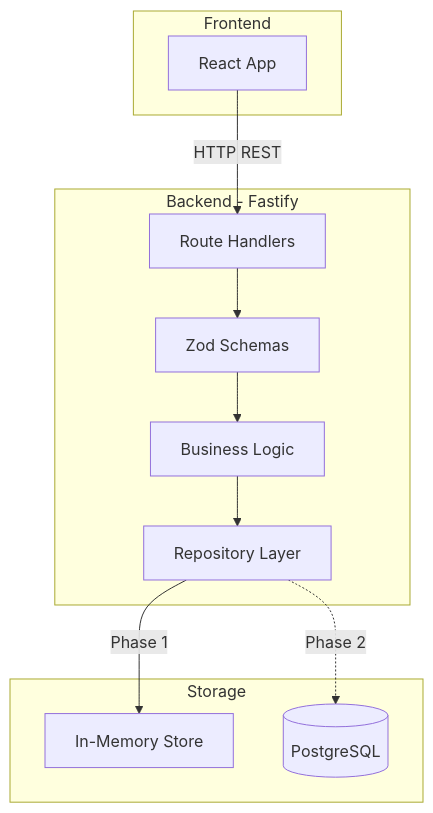
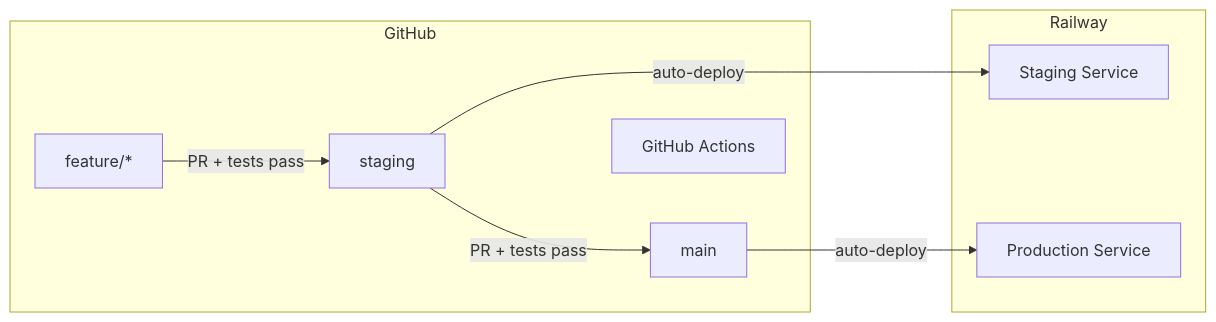
The diagram in docs/PLAN.md (Alexgub84/chillist-be), drawn with Mermaid before and after one commit. The commit also changed other lines of this file, not shown here.

````diff
--- a/docs/PLAN.md
+++ b/docs/PLAN.md
@@ -18,25 +7,19 @@
 ```mermaid
-flowchart TB
-    subgraph client [Frontend]
-        React[React App]
+flowchart LR
+    subgraph github [GitHub]
+        Feature[feature/*]
+        Staging[staging]
+        Main[main]
+        CI[GitHub Actions]
     end
     
-    subgraph backend [Backend - Fastify]
-        Router[Route Handlers]
-        Validation[Zod Schemas]
-        Service[Business Logic]
-        Repository[Repository Layer]
+    subgraph railway [Railway]
+        StagingEnv[Staging Service]
+        ProdEnv[Production Service]
     end
     
-    subgraph storage [Storage]
-        InMemory[In-Memory Store]
-        Postgres[(PostgreSQL)]
-    end
-    
-    React -->|HTTP REST| Router
-    Router --> Validation
-    Validation --> Service
-    Service --> Repository
-    Repository -->|Phase 1| InMemory
-    Repository -.->|Phase 2| Postgres
+    Feature -->|PR + tests pass| Staging
+    Staging -->|PR + tests pass| Main
+    Staging -->|auto-deploy| StagingEnv
+    Main -->|auto-deploy| ProdEnv
 ```
````
